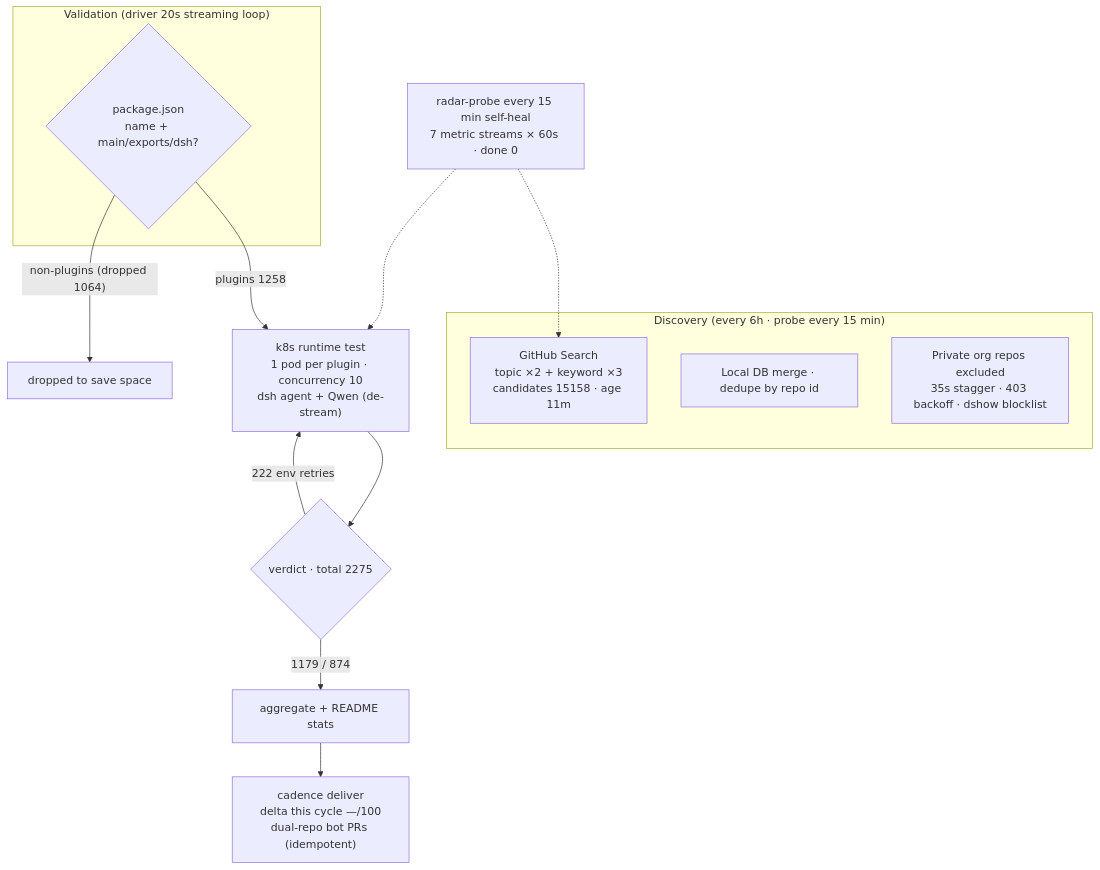
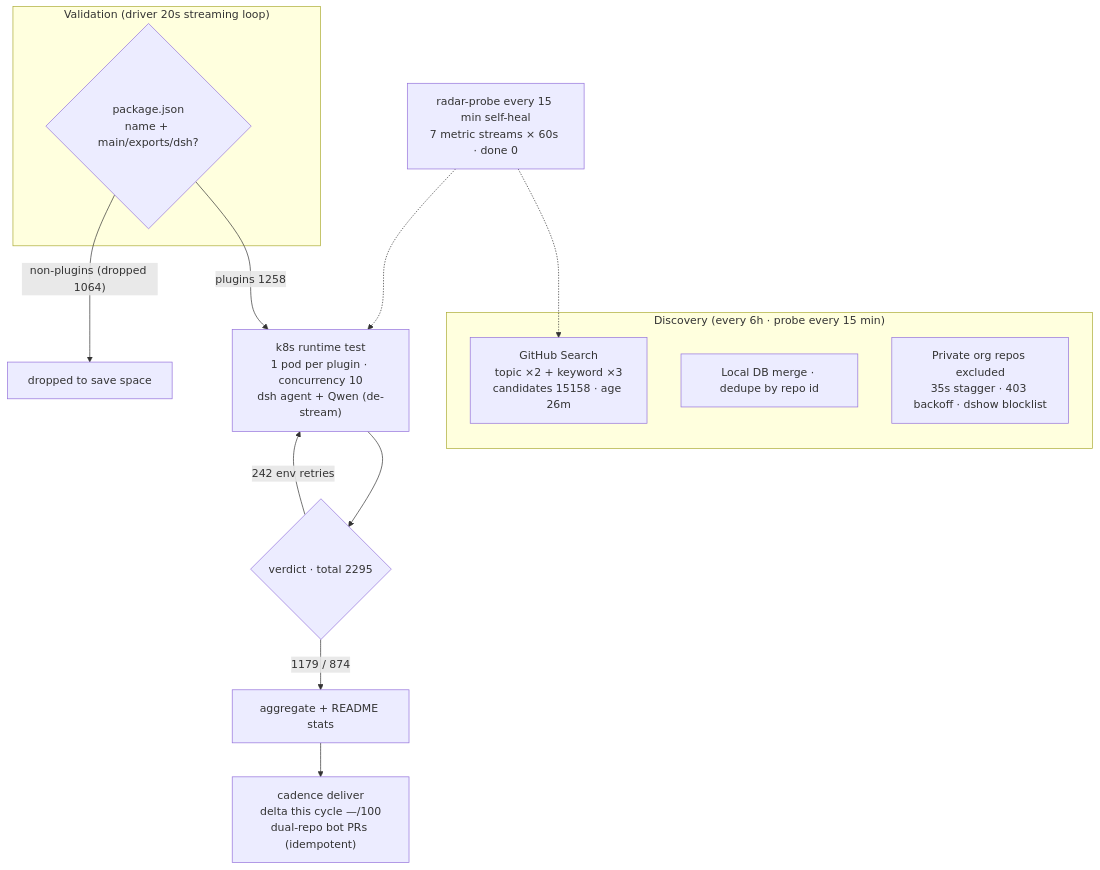
One commit to AdamPlatin123/awesome-dsh-plugins changed the diagram in README.en-US.md. Above: the diagram before and after it, drawn with Mermaid. The commit also changed other lines of this file and 5 other files, not shown here.

````diff
--- a/README.en-US.md
+++ b/README.en-US.md
@@ -30,20 +30,20 @@
 ```mermaid
 flowchart TB
     subgraph Discovery["Discovery (every 6h · probe every 15 min)"]
-        A1["GitHub Search<br/>topic ×2 + keyword ×3<br/>candidates 15158 · age 11m"]
+        A1["GitHub Search<br/>topic ×2 + keyword ×3<br/>candidates 15158 · age 26m"]
         A2["Local DB merge · dedupe by repo id"]
         A3["Private org repos excluded<br/>35s stagger · 403 backoff · dshow blocklist"]
     end
     subgraph Validation["Validation (driver 20s streaming loop)"]
         B1{"package.json<br/>name + main/exports/dsh?"}
     end
     B1 -->|"plugins 1258"| C1["k8s runtime test<br/>1 pod per plugin · concurrency 10<br/>dsh agent + Qwen (de-stream)"]
     B1 -->|"non-plugins (dropped 1064)"| B3["dropped to save space"]
-    C1 --> D1{"verdict · total 2275"}
+    C1 --> D1{"verdict · total 2295"}
     D1 -->|"1179 / 874"| E1["aggregate + README stats"]
-    D1 -->|"222 env retries"| C1
+    D1 -->|"242 env retries"| C1
     E1 --> E2["cadence deliver<br/>delta this cycle —/100<br/>dual-repo bot PRs (idempotent)"]
     M["radar-probe every 15 min self-heal<br/>7 metric streams × 60s · done 0"]
     M -.-> A1
     M -.-> C1
 ```
````
